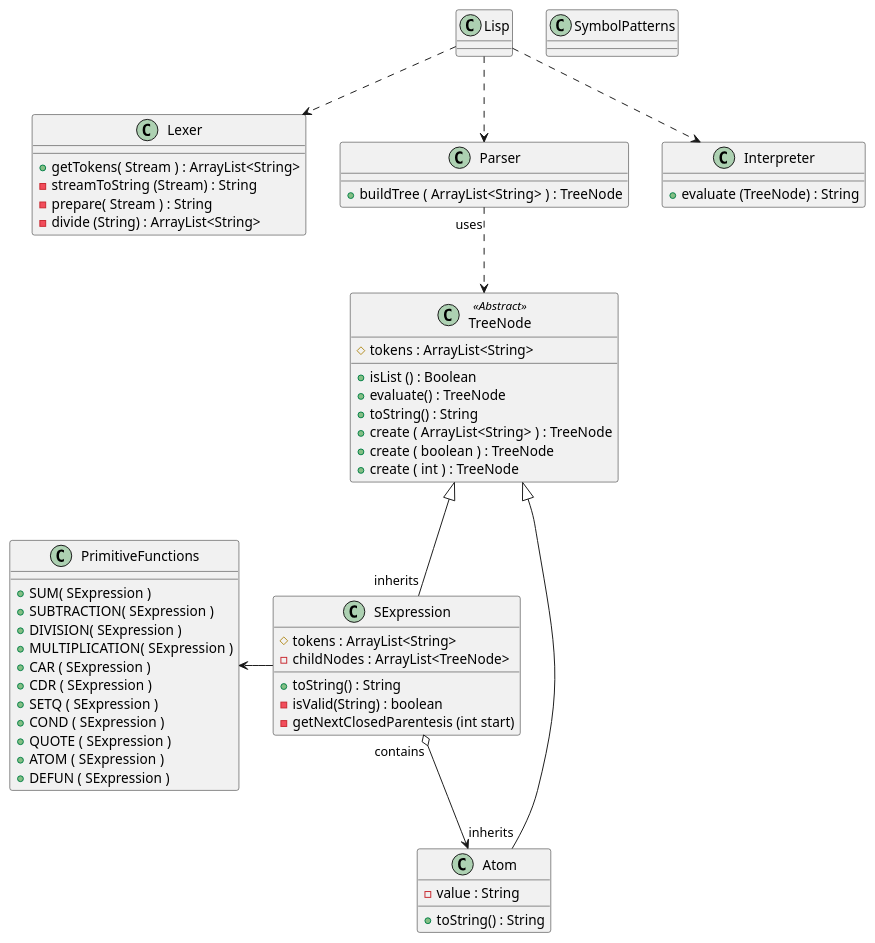
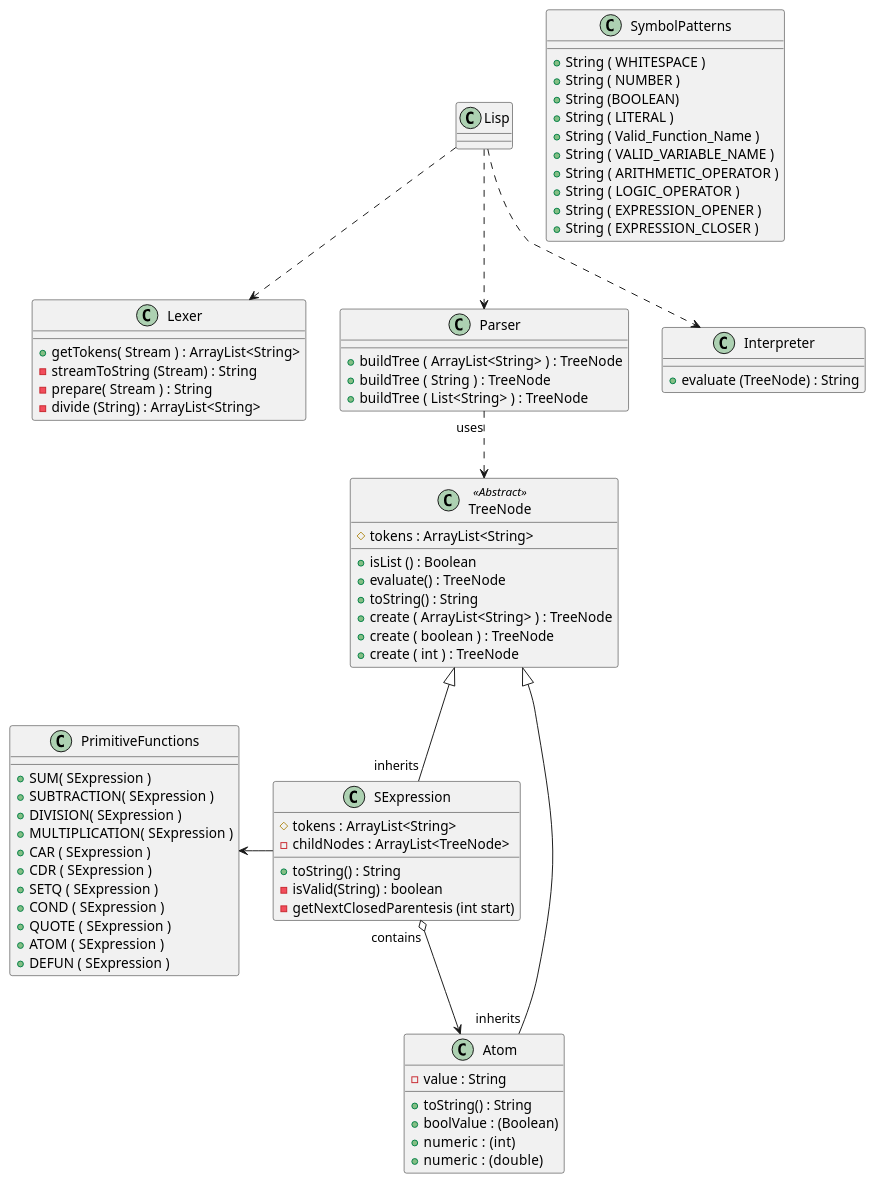
Before and after one commit to DiegoLinares11/LISP-Project: the diagram in classesUML.puml, drawn with PlantUML.

Commit message:
Update classesUML.puml
Cambios UML

```diff
--- a/classesUML.puml
+++ b/classesUML.puml
@@ -1,81 +1,106 @@
 @startuml
 'https://plantuml.com/class-diagram
 
 class Lisp
 class Lexer
 class Parser
 class Interpreter
 
 Lisp ..> Lexer
 Lisp ..> Parser
 Lisp ..> Interpreter
 
 abstract class TreeNode
 class Atom
 class SExpression
 
 class PrimitiveFunctions
-class SymbolPatterns
+class SymbolPatterns{
+   + String ( WHITESPACE )
+   + String ( NUMBER )
+   + String (BOOLEAN)
+   + String ( LITERAL )
+   + String ( Valid_Function_Name )
+   + String ( VALID_VARIABLE_NAME )
+   + String ( ARITHMETIC_OPERATOR )
+   + String ( LOGIC_OPERATOR )
+   + String ( EXPRESSION_OPENER )
+   + String ( EXPRESSION_CLOSER )
+
+
+
+}
 
 Parser "uses" ..> TreeNode
 
 TreeNode <|-- "inherits" Atom
 TreeNode <|-- "inherits" SExpression
 SExpression "contains" o--> Atom
  PrimitiveFunctions <- SExpression
 
 class Lexer {
     + getTokens( Stream ) : ArrayList<String>
     - streamToString (Stream) : String
     - prepare( Stream ) : String
     - divide (String) : ArrayList<String>
 }
 
 class Parser {
     + buildTree ( ArrayList<String> ) : TreeNode
+    + buildTree ( String ) : TreeNode
+    + buildTree ( List<String> ) : TreeNode
+
+
 }
 
 class Interpreter {
     + evaluate (TreeNode) : String
 }
 
 class TreeNode <<Abstract>>{
     # tokens : ArrayList<String>
     + isList () : Boolean
     + evaluate() : TreeNode
     + toString() : String
     + create ( ArrayList<String> ) : TreeNode
     + create ( boolean ) : TreeNode
     + create ( int ) : TreeNode
 
 }
 
 class Atom {
     - value : String
     + toString() : String
+    + boolValue : (Boolean)
+    + numeric :  (int)
+    + numeric :  (double)
+
+
+
+
 }
 
 class SExpression {
     'Talvez los tokens no sen necesarios'
     # tokens : ArrayList<String>
     - childNodes : ArrayList<TreeNode>
     + toString() : String
     - isValid(String) : boolean
     - getNextClosedParentesis (int start)
 }
 
 class PrimitiveFunctions{
    + SUM( SExpression )
    + SUBTRACTION( SExpression )
    + DIVISION( SExpression )
    + MULTIPLICATION( SExpression )
    + CAR ( SExpression )
    + CDR ( SExpression )
    + SETQ ( SExpression )
    + COND ( SExpression )
    + QUOTE ( SExpression )
    + ATOM ( SExpression )
    + DEFUN ( SExpression )
 
 }
 @enduml
```
